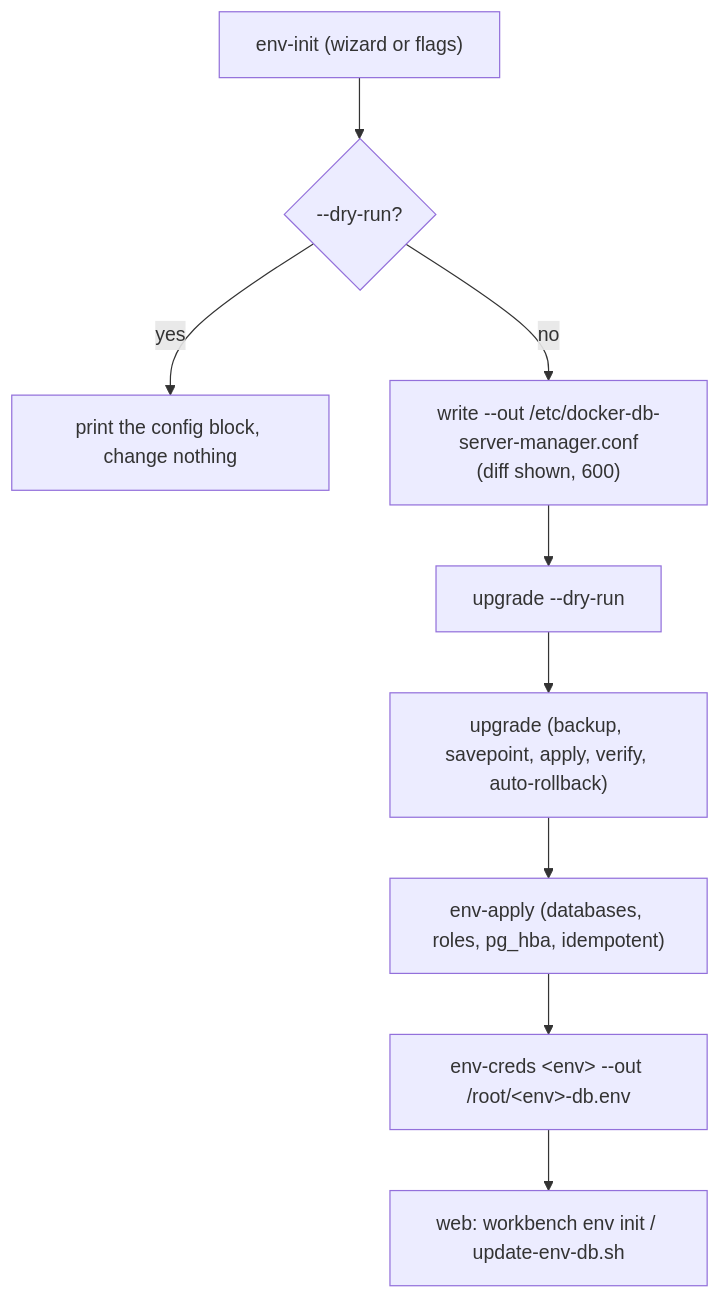
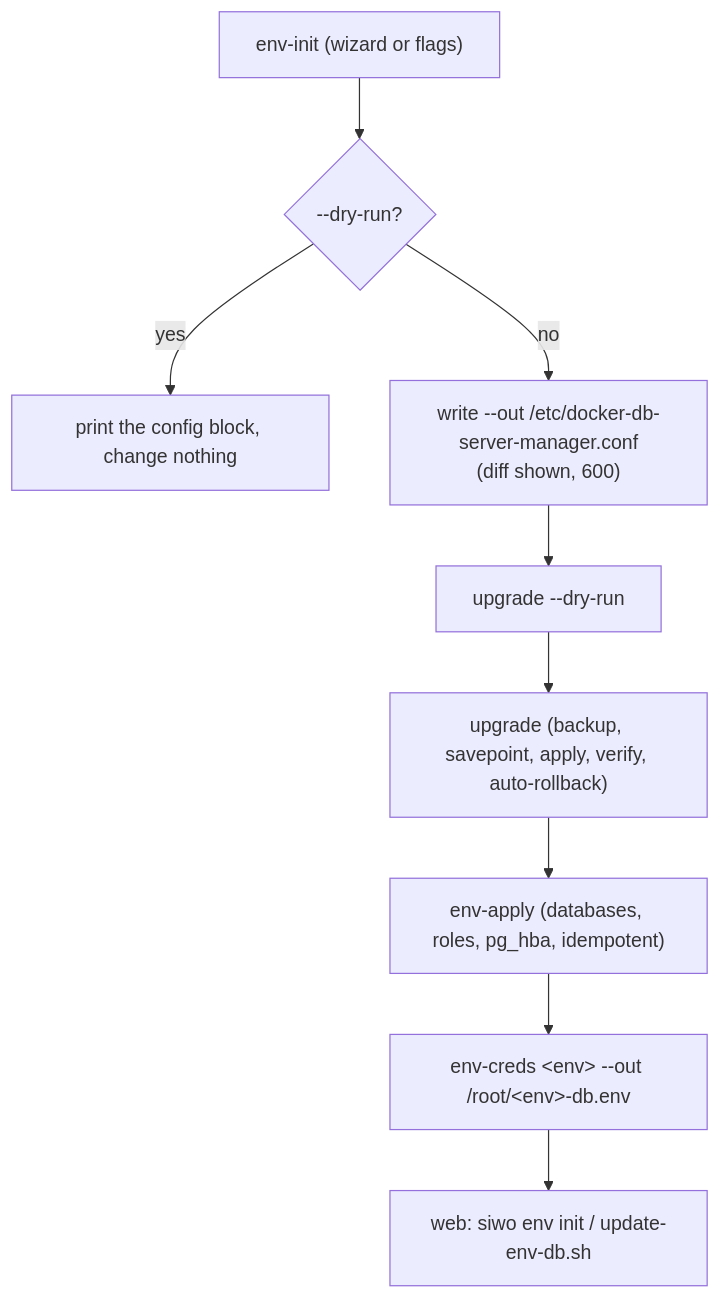
The sixth of 6 diagrams in docs/database-environments.md (simtabi/server-infra-workbench), drawn with Mermaid before and after one commit. The commit also changed 171 other files, not shown here.

First line of the commit message:
refactor: the command is siwo (bin/siwo, siwo-py, SIWO_* settings); bin/workbench is a deprecated shim

````diff
--- a/docs/database-environments.md
+++ b/docs/database-environments.md
@@ -156,11 +156,11 @@
 ```mermaid
 flowchart TD
   a["env-init (wizard or flags)"] --> b{"--dry-run?"}
   b -- yes --> c[print the config block, change nothing]
   b -- no --> d["write --out /etc/docker-db-server-manager.conf<br/>(diff shown, 600)"]
   d --> e["upgrade --dry-run"]
   e --> f["upgrade (backup, savepoint, apply, verify, auto-rollback)"]
   f --> g["env-apply (databases, roles, pg_hba, idempotent)"]
   g --> h["env-creds &lt;env&gt; --out /root/&lt;env&gt;-db.env"]
-  h --> i["web: workbench env init / update-env-db.sh"]
+  h --> i["web: siwo env init / update-env-db.sh"]
 ```
````
